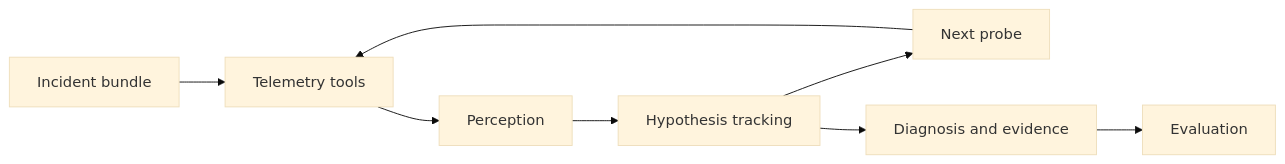
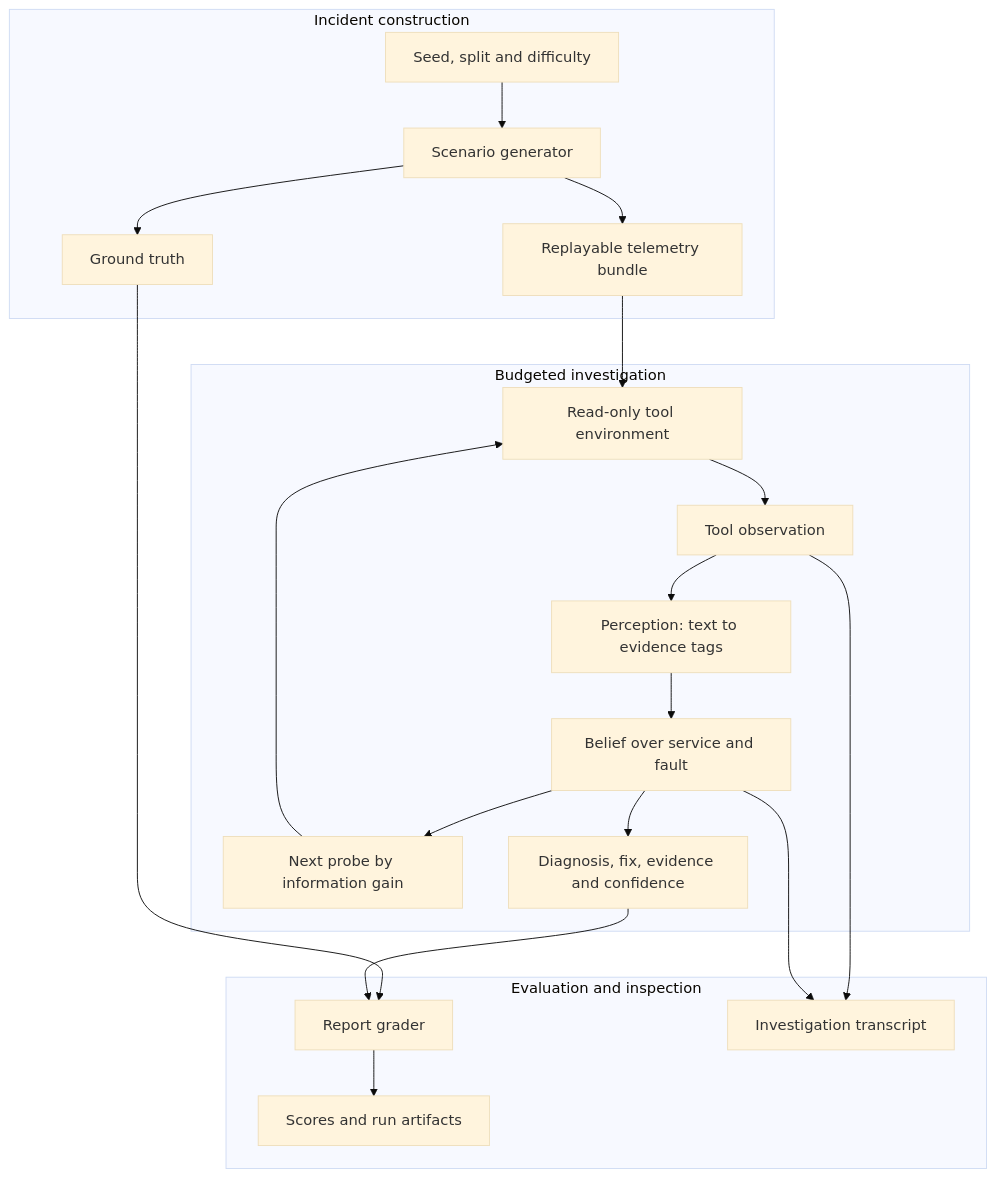
Before and after one commit to Pranjal677504/Inquest: the first of 2 diagrams in README.md, drawn with Mermaid (base theme). The commit also changed other lines of this file and 1 other file, not shown here.

Commit message:
docs: detail benchmark architecture and evaluation protocol

````diff
--- a/README.md
+++ b/README.md
@@ -17,10 +46,26 @@
 ```mermaid
-flowchart LR
-    I[Incident bundle] --> T[Telemetry tools]
-    T --> P[Perception]
-    P --> B[Hypothesis tracking]
-    B --> Q[Next probe]
-    Q --> T
-    B --> R[Diagnosis and evidence]
-    R --> E[Evaluation]
+flowchart TB
+    subgraph Construction["Incident construction"]
+        C[Seed, split and difficulty] --> G[Scenario generator]
+        G --> B[Replayable telemetry bundle]
+        G --> GT[Ground truth]
+    end
+
+    subgraph Investigation["Budgeted investigation"]
+        B --> E[Read-only tool environment]
+        E --> O[Tool observation]
+        O --> P[Perception: text to evidence tags]
+        P --> H[Belief over service and fault]
+        H --> Q[Next probe by information gain]
+        Q --> E
+        H --> R[Diagnosis, fix, evidence and confidence]
+    end
+
+    subgraph Evaluation["Evaluation and inspection"]
+        GT --> S[Report grader]
+        R --> S
+        S --> A[Scores and run artifacts]
+        O --> T[Investigation transcript]
+        H --> T
+    end
 ```
````
